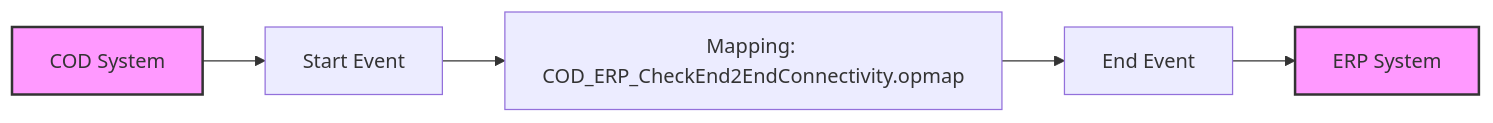
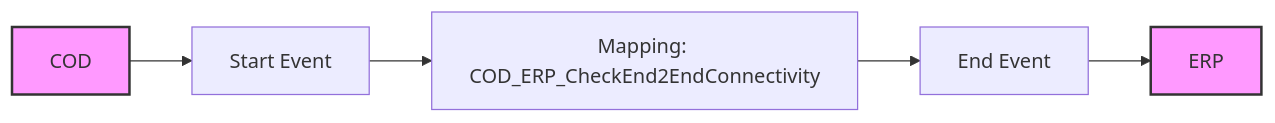
The diagram in MMZ - Cell Iflows/Check_Connectivity_to_SAP_Business_Suite_MMZ-1.0.4/readme.md (Avvale-IA-CICD/AvvaleCPI), drawn with Mermaid before and after one commit. The commit also changed other lines of this file, not shown here.

Commit message:
Add/update documentation for Check_Connectivity_to_SAP_Business_Suite_MMZ v1.0.4

````diff
--- a/MMZ - Cell Iflows/Check_Connectivity_to_SAP_Business_Suite_MMZ-1.0.4/readme.md
+++ b/MMZ - Cell Iflows/Check_Connectivity_to_SAP_Business_Suite_MMZ-1.0.4/readme.md
@@ -4,9 +4,10 @@
 ```mermaid
 graph LR
-    COD[COD System] --> Start
-    Start[Start Event] --> Mapping
-    Mapping[Mapping: COD_ERP_CheckEnd2EndConnectivity.opmap] --> End
-    End[End Event] --> ERP[ERP System]
     style COD fill:#f9f,stroke:#333,stroke-width:2px
     style ERP fill:#f9f,stroke:#333,stroke-width:2px
+    COD[COD]:::participant --> StartEvent
+    StartEvent[Start Event] --> Mapping
+    Mapping[Mapping: COD_ERP_CheckEnd2EndConnectivity] --> EndEvent
+    EndEvent[End Event] --> ERP[ERP]:::participant
+    classDef participant fill:#f9f,stroke:#333,stroke-width:2px
 ```
````
